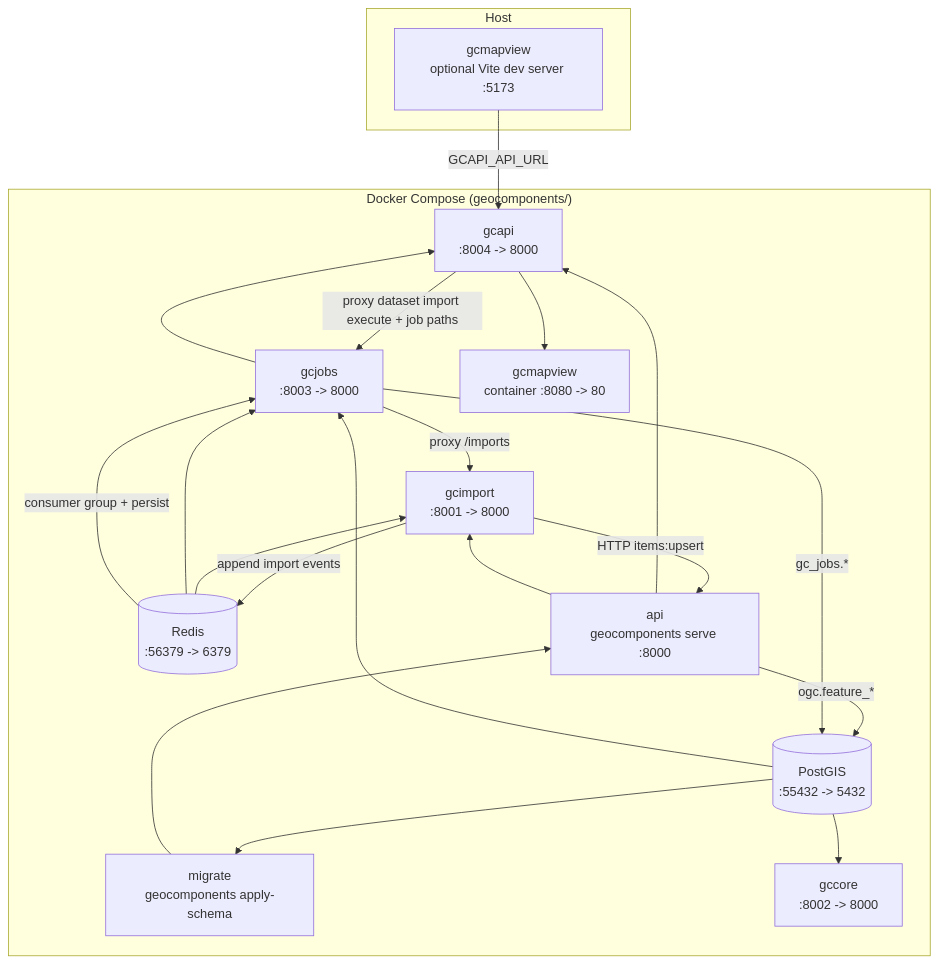
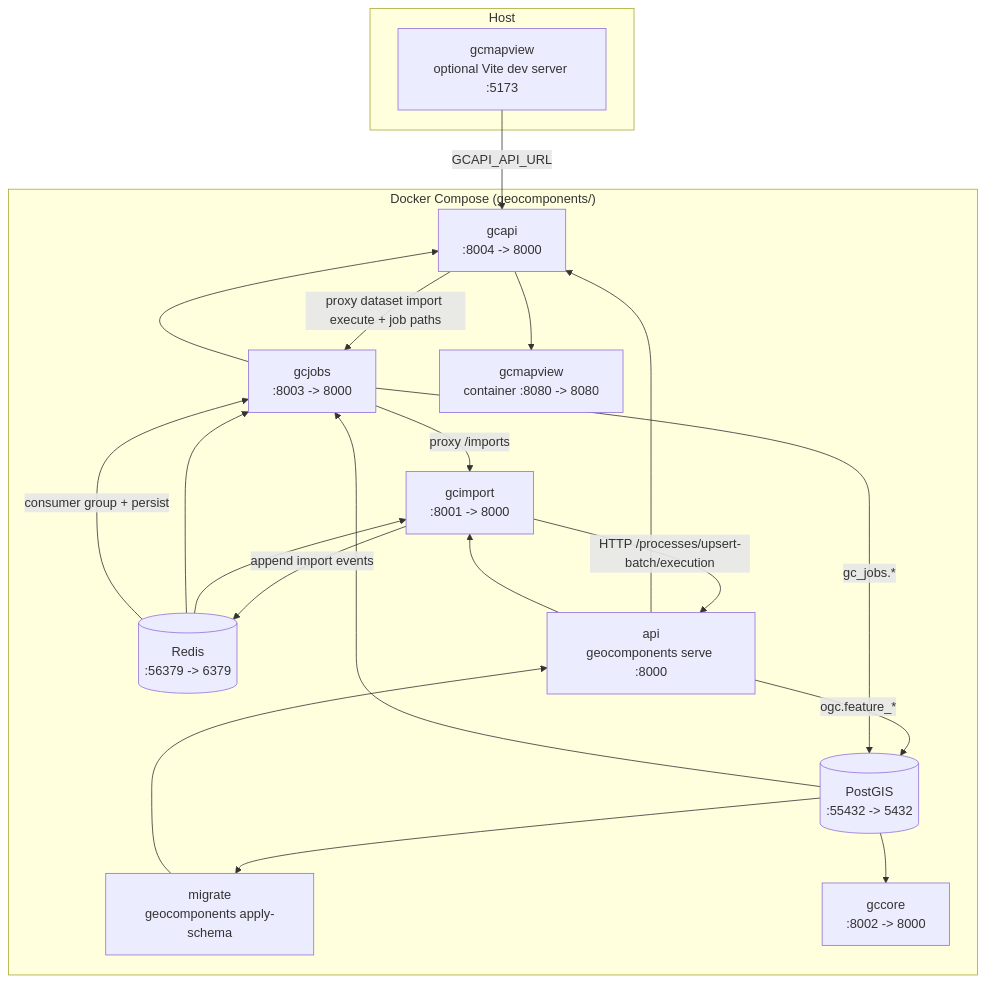
One commit to kartverket/topografisk-gdb-api changed the second of 10 diagrams in docs/ARCHITECTURE.md. Above: the diagram before and after it, drawn with Mermaid. The commit also changed other lines of this file and 8 other files, not shown here.

````diff
--- a/docs/ARCHITECTURE.md
+++ b/docs/ARCHITECTURE.md
@@ -62,37 +62,37 @@
 ```mermaid
 flowchart TB
   subgraph Host
     FEDEV["gcmapview<br/>optional Vite dev server :5173"]
   end
 
   subgraph "Docker Compose (geocomponents/)"
     DB[("PostGIS<br/>:55432 -> 5432")]
     REDIS[("Redis<br/>:56379 -> 6379")]
     MIG["migrate<br/>geocomponents apply-schema"]
     API["api<br/>geocomponents serve :8000"]
     GCAPI["gcapi<br/>:8004 -> 8000"]
     IMP["gcimport<br/>:8001 -> 8000"]
     CORE["gccore<br/>:8002 -> 8000"]
     JOBS["gcjobs<br/>:8003 -> 8000"]
-    FE["gcmapview<br/>container :8080 -> 80"]
+    FE["gcmapview<br/>container :8080 -> 8080"]
 
     DB --> MIG --> API
     API --> GCAPI
     API --> IMP
     DB --> CORE
     DB --> JOBS
     JOBS --> GCAPI
     REDIS --> IMP
     REDIS --> JOBS
     GCAPI --> FE
   end
 
   FEDEV -->|GCAPI_API_URL| GCAPI
   GCAPI -->|proxy dataset import execute + job paths| JOBS
   JOBS -->|proxy /imports| IMP
-  IMP -->|HTTP items:upsert| API
+  IMP -->|HTTP /processes/upsert-batch/execution| API
   IMP -->|append import events| REDIS
   REDIS -->|consumer group + persist| JOBS
   API -->|ogc.feature_*| DB
   JOBS -->|gc_jobs.*| DB
 ```
````
